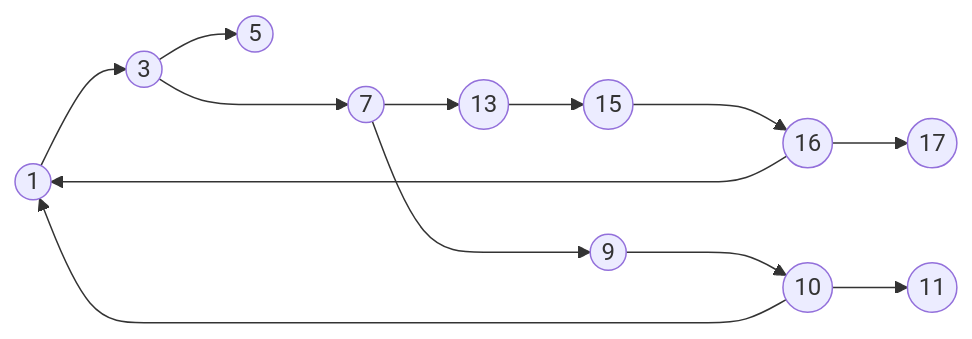
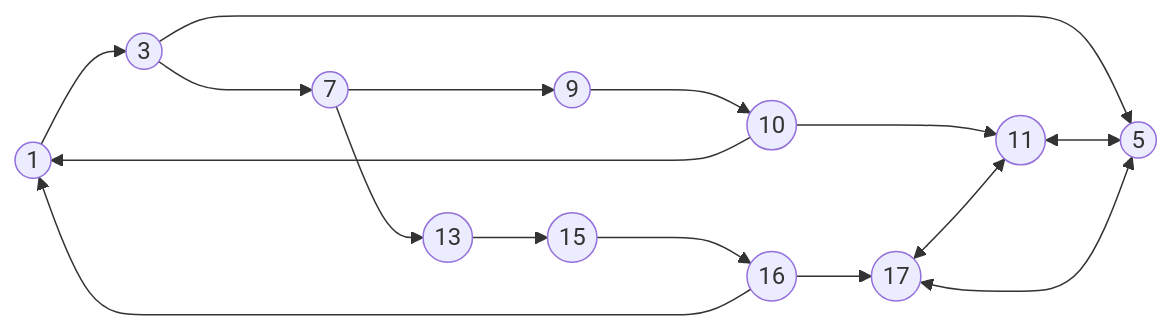
The fourth of 4 diagrams in Software Testing/Labs/Lab 01.md (sd4483/Obsidian), drawn with Mermaid before and after one commit. The commit also changed 1 other file, not shown here.

Commit message:
vault backup: 2023-02-24 15:09:51

````diff
--- a/Software Testing/Labs/Lab 01.md
+++ b/Software Testing/Labs/Lab 01.md
@@ -104,9 +104,12 @@
 ```mermaid
 flowchart LR
 	id1((1)) --> id3((3)) ---> id7((7)) --> id13((13))
 	id3 --> id5((5))
 	id7 ---> id9((9)) ---> id10((10)) --> id11((11))
 	id13 --> id15((15)) ---> id16((16)) --> id17((17))
+	id17 <--> id11
+	id11 <--> id5
+	id17 <--> id5
 	id10 --> id1
 	id16 --> id1
 ```
````
